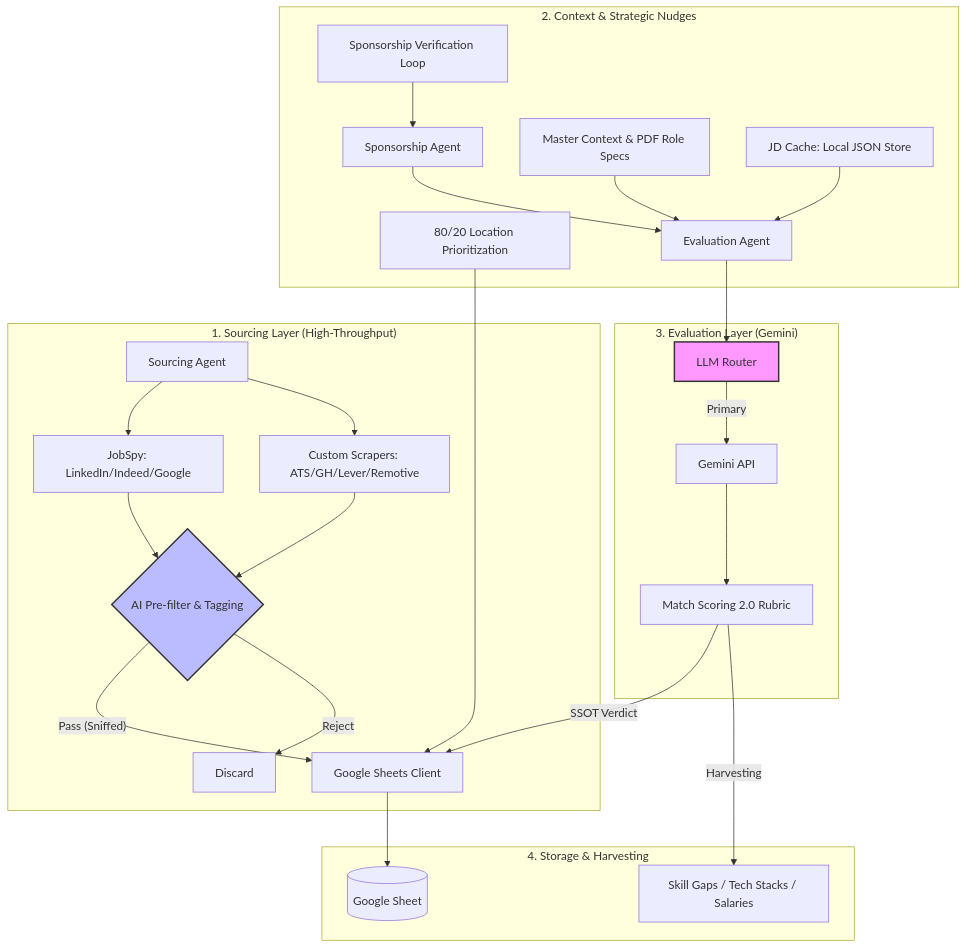
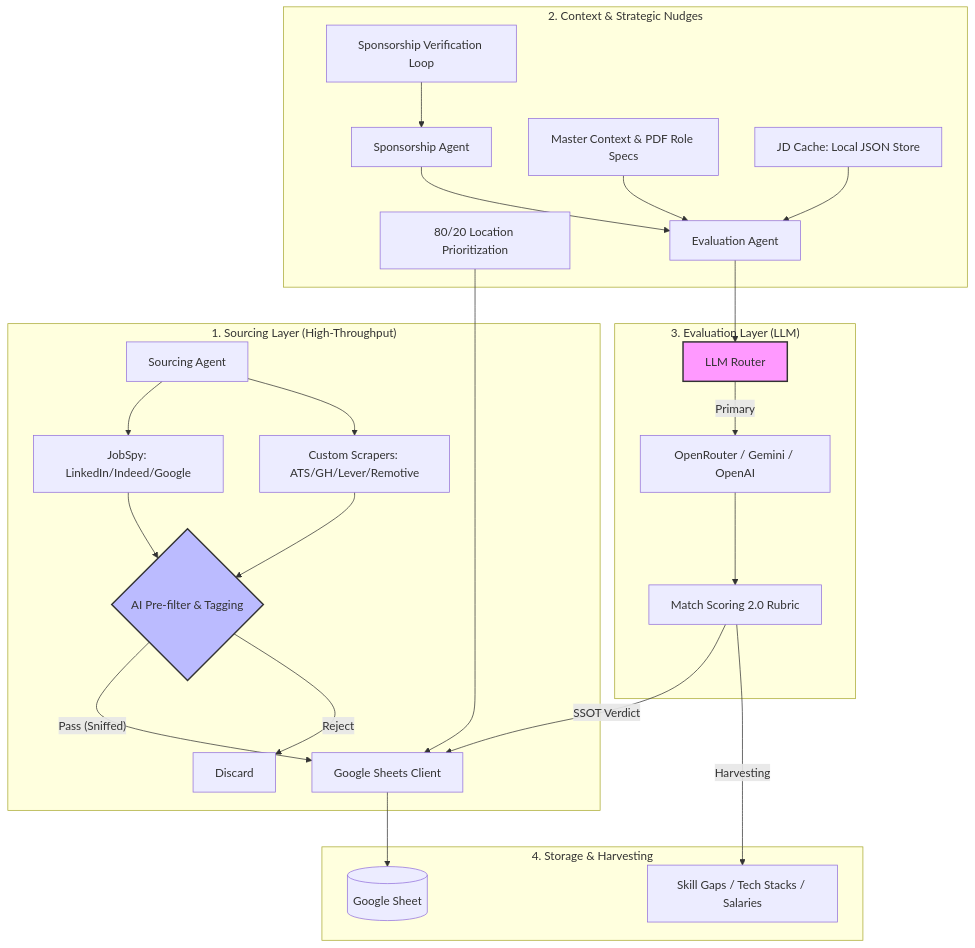
Before and after one commit to nagarajaabhishek/jobs: the diagram in README.md, drawn with Mermaid. The commit also changed other lines of this file and 4 other files, not shown here.

````diff
--- a/README.md
+++ b/README.md
@@ -6,33 +6,33 @@
 ```mermaid
 graph TD
     subgraph Sourcing ["1. Sourcing Layer (High-Throughput)"]
         A[Sourcing Agent] --> B[JobSpy: LinkedIn/Indeed/Google]
         A --> C[Custom Scrapers: ATS/GH/Lever/Remotive]
         B & C --> D{AI Pre-filter & Tagging}
         D -- "Pass (Sniffed)" --> E[Google Sheets Client]
         D -- Reject --> F[Discard]
     end
 
     subgraph Intelligence ["2. Context & Strategic Nudges"]
         H[80/20 Location Prioritization] --> E
         I[Sponsorship Verification Loop] --> J
         K[Master Context & PDF Role Specs] --> G
         L[JD Cache: Local JSON Store] --> G
     end
 
-    subgraph Logic ["3. Evaluation Layer (Gemini)"]
+    subgraph Logic ["3. Evaluation Layer (LLM)"]
         G[Evaluation Agent] --> M[LLM Router]
-        M -- Primary --> N[Gemini API]
+        M -- Primary --> N[OpenRouter / Gemini / OpenAI]
         N --> Q[Match Scoring 2.0 Rubric]
         J[Sponsorship Agent] --> G
     end
 
     subgraph Data ["4. Storage & Harvesting"]
         E --> R[(Google Sheet)]
         Q -- SSOT Verdict --> E
         Q -- Harvesting --> S[Skill Gaps / Tech Stacks / Salaries]
     end
 
     style M fill:#f9f,stroke:#333,stroke-width:2px
     style D fill:#bbf,stroke:#333,stroke-width:2px
 ```
````
